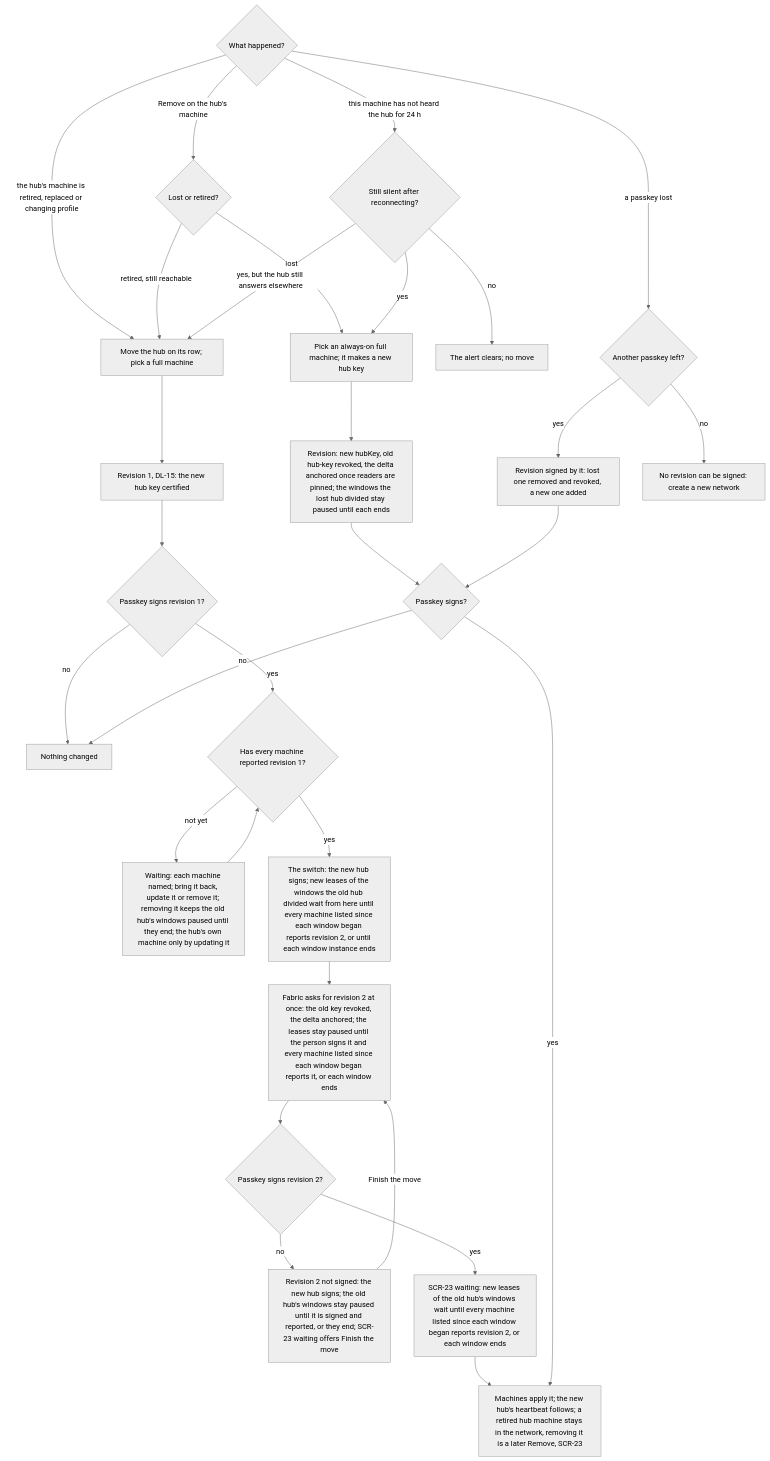
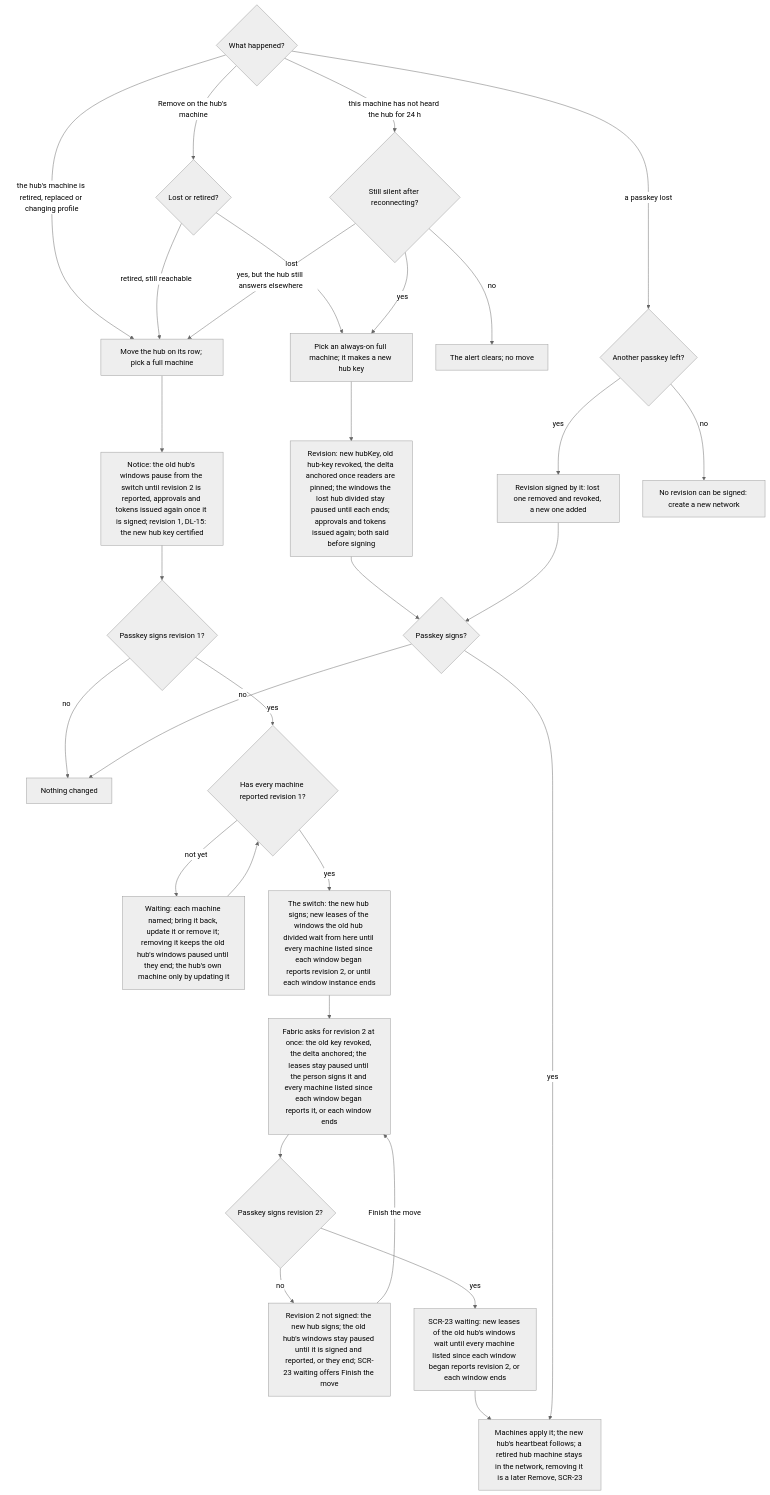
One commit to passioncode-ai/fabric-agent-contract changed diagram 27 of 34 in docs/ux/flows.md. Above: the diagram before and after it, drawn with Mermaid (neutral theme). The commit also changed 8 other files, not shown here.

````diff
--- a/docs/ux/flows.md
+++ b/docs/ux/flows.md
@@ -665,32 +665,32 @@
 ```mermaid
 flowchart TD
   A{What happened?} -->|the hub's machine is retired, replaced or changing profile| L[Move the hub on its row; pick a full machine]
   A -->|Remove on the hub's machine| K{Lost or retired?}
   K -->|retired, still reachable| L
   K -->|lost| M
-  L --> T1[Revision 1, DL-15: the new hub key certified]
+  L --> T1[Notice: the old hub's windows pause from the switch until revision 2 is reported, approvals and tokens issued again once it is signed; revision 1, DL-15: the new hub key certified]
   T1 --> S1{Passkey signs revision 1?}
   S1 -->|no| X
   S1 -->|yes| W{Has every machine reported revision 1?}
   W -->|not yet| V[Waiting: each machine named; bring it back, update it or remove it; removing it keeps the old hub's windows paused until they end; the hub's own machine only by updating it]
   V --> W
   W -->|yes| T[The switch: the new hub signs; new leases of the windows the old hub divided wait from here until every machine listed since each window began reports revision 2, or until each window instance ends]
   T --> T2[Fabric asks for revision 2 at once: the old key revoked, the delta anchored; the leases stay paused until the person signs it and every machine listed since each window began reports it, or each window ends]
   T2 --> S2{Passkey signs revision 2?}
   S2 -->|no| X2[Revision 2 not signed: the new hub signs; the old hub's windows stay paused until it is signed and reported, or they end; SCR-23 waiting offers Finish the move]
   X2 -->|Finish the move| T2
   S2 -->|yes| P2[SCR-23 waiting: new leases of the old hub's windows wait until every machine listed since each window began reports revision 2, or each window ends]
   P2 --> D
   A -->|this machine has not heard the hub for 24 h| C{Still silent after reconnecting?}
   C -->|no| Z[The alert clears; no move]
   C -->|yes, but the hub still answers elsewhere| L
   C -->|yes| M[Pick an always-on full machine; it makes a new hub key]
-  M --> R[Revision: new hubKey, old hub-key revoked, the delta anchored once readers are pinned; the windows the lost hub divided stay paused until each ends]
+  M --> R[Revision: new hubKey, old hub-key revoked, the delta anchored once readers are pinned; the windows the lost hub divided stay paused until each ends; approvals and tokens issued again; both said before signing]
   A -->|a passkey lost| P{Another passkey left?}
   P -->|yes| Q[Revision signed by it: lost one removed and revoked, a new one added]
   P -->|no| N[No revision can be signed: create a new network]
   R --> S{Passkey signs?}
   Q --> S
   S -->|no| X[Nothing changed]
   S -->|yes| D[Machines apply it; the new hub's heartbeat follows; a retired hub machine stays in the network, removing it is a later Remove, SCR-23]
 ```
````
